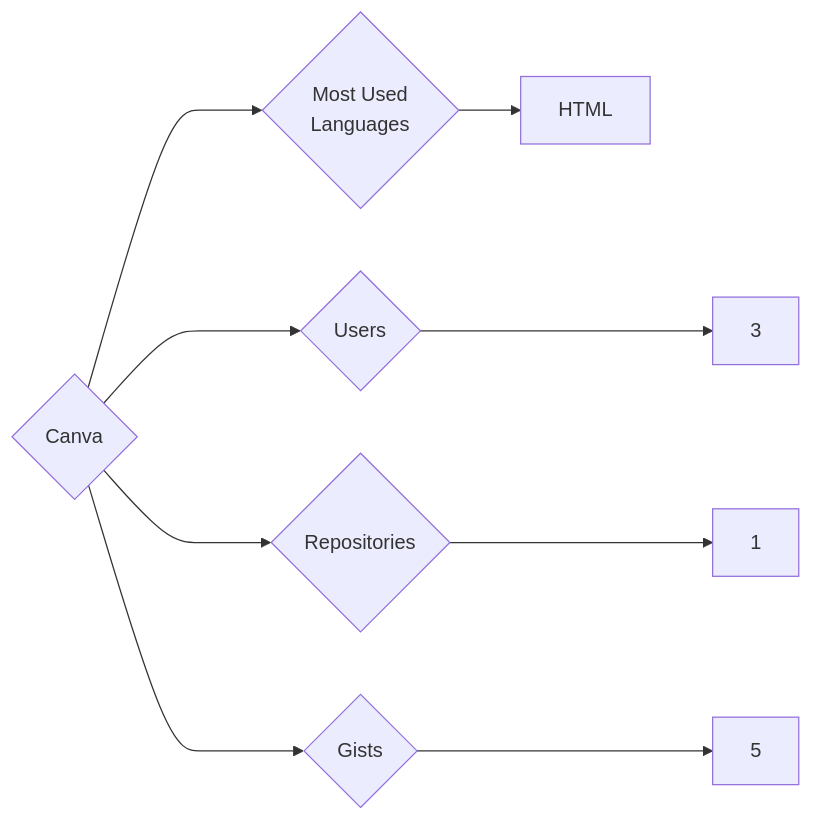
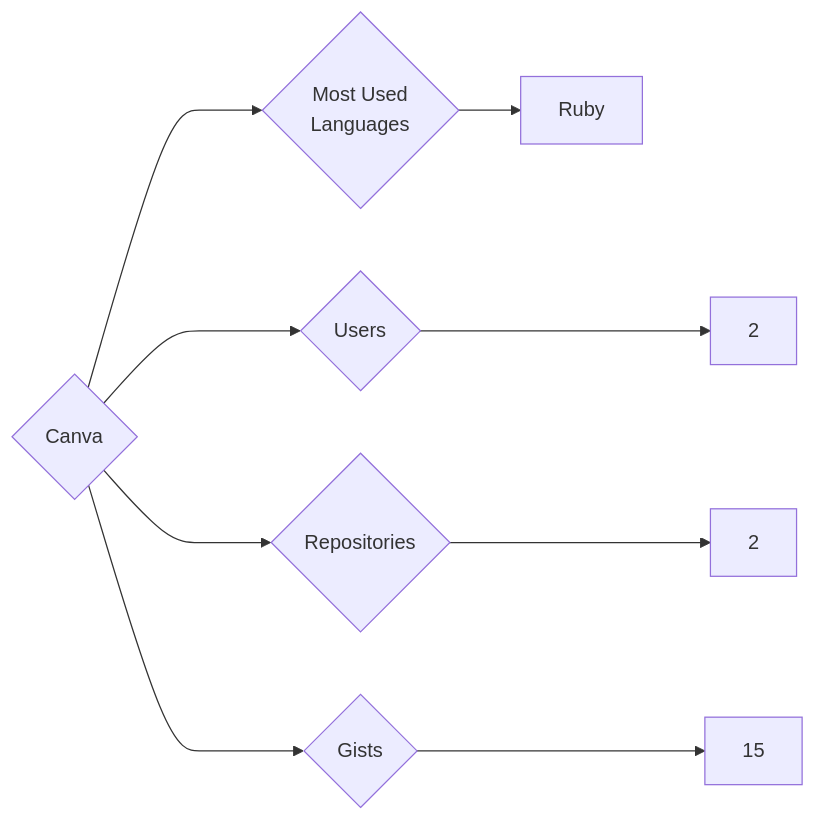
One commit to trickest/insiders changed the diagram in targets/Canva/README.md. Above: the diagram before and after it, drawn with Mermaid. The commit also changed 559 other files, not shown here.

````diff
--- a/targets/Canva/README.md
+++ b/targets/Canva/README.md
@@ -3,9 +3,9 @@
 ```mermaid
 graph LR
 COMPANY_NAME{Canva}
-COMPANY_NAME ---> U{Users} ---> UN[3]
-COMPANY_NAME ---> R{Repositories} ---> RN[1]
-COMPANY_NAME ---> G{Gists} ---> GN[5]
+COMPANY_NAME ---> U{Users} ---> UN[2]
+COMPANY_NAME ---> R{Repositories} ---> RN[2]
+COMPANY_NAME ---> G{Gists} ---> GN[15]
 COMPANY_NAME ---> ML{Most Used<br>Languages}
-ML --> HTML[HTML]
+ML --> Ruby[Ruby]
 ```
````
